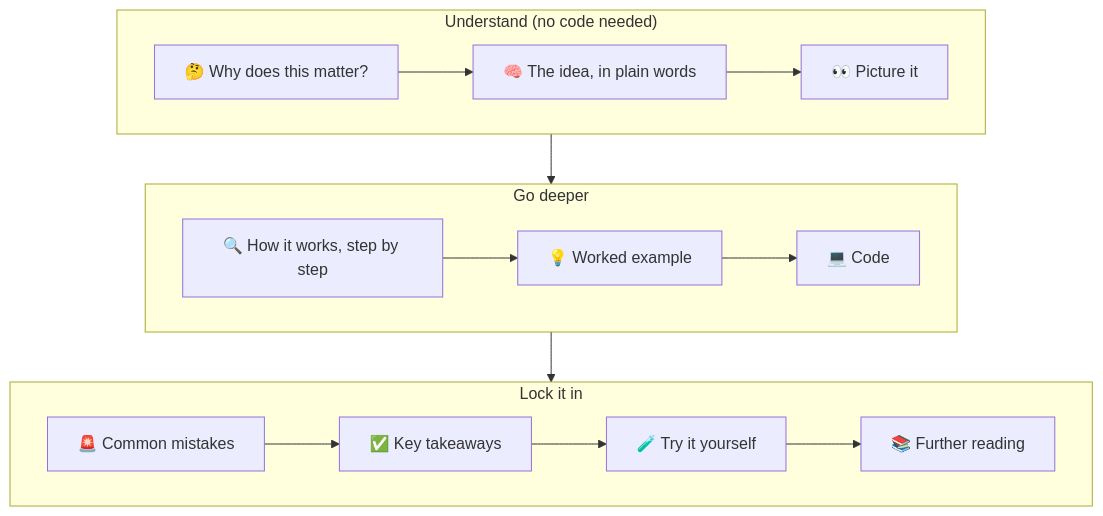
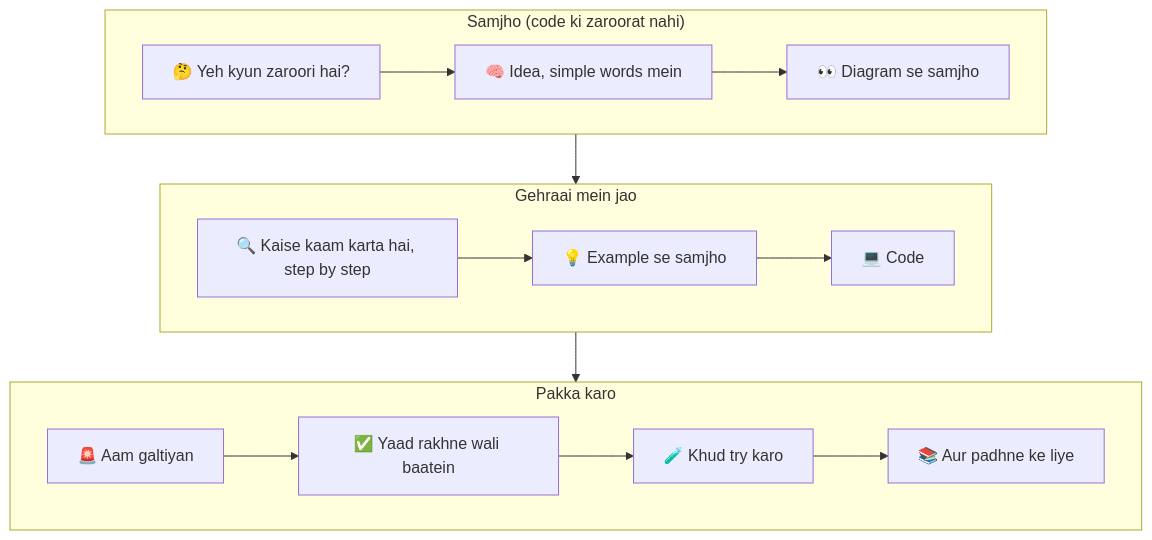
One commit to asmustechno/agentic-ai-notes changed the diagram in docs/00-start-here/00.1-how-to-use-these-notes.md. Above: the diagram before and after it, drawn with Mermaid. The commit also changed other lines of this file and 135 other files, not shown here.

````diff
--- a/docs/00-start-here/00.1-how-to-use-these-notes.md
+++ b/docs/00-start-here/00.1-how-to-use-these-notes.md
@@ -39,13 +43,13 @@
 ```mermaid
 flowchart TD
-    subgraph Understand["Understand (no code needed)"]
-        A["🤔 Why does this matter?"] --> B["🧠 The idea, in plain words"] --> C["👀 Picture it"]
+    subgraph Understand["Samjho (code ki zaroorat nahi)"]
+        A["🤔 Yeh kyun zaroori hai?"] --> B["🧠 Idea, simple words mein"] --> C["👀 Diagram se samjho"]
     end
-    subgraph Go_deeper["Go deeper"]
-        D["🔍 How it works, step by step"] --> E["💡 Worked example"] --> F["💻 Code"]
+    subgraph Go_deeper["Gehraai mein jao"]
+        D["🔍 Kaise kaam karta hai, step by step"] --> E["💡 Example se samjho"] --> F["💻 Code"]
     end
-    subgraph Lock_it_in["Lock it in"]
-        G["🚨 Common mistakes"] --> H["✅ Key takeaways"] --> I["🧪 Try it yourself"] --> J["📚 Further reading"]
+    subgraph Lock_it_in["Pakka karo"]
+        G["🚨 Aam galtiyan"] --> H["✅ Yaad rakhne wali baatein"] --> I["🧪 Khud try karo"] --> J["📚 Aur padhne ke liye"]
     end
     Understand --> Go_deeper --> Lock_it_in
 ```
````
